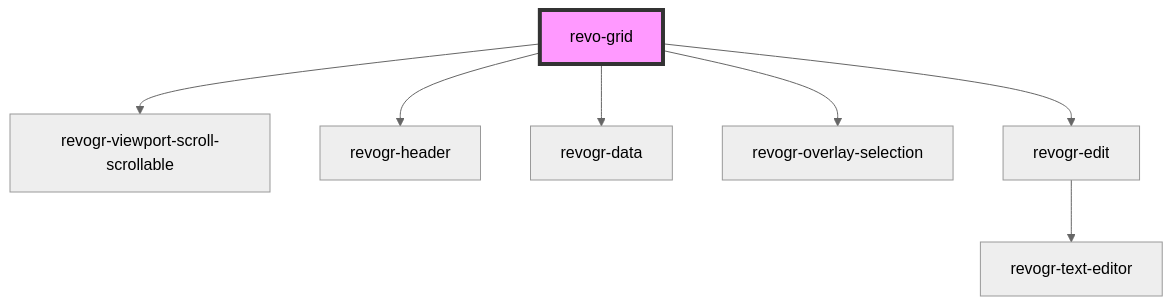
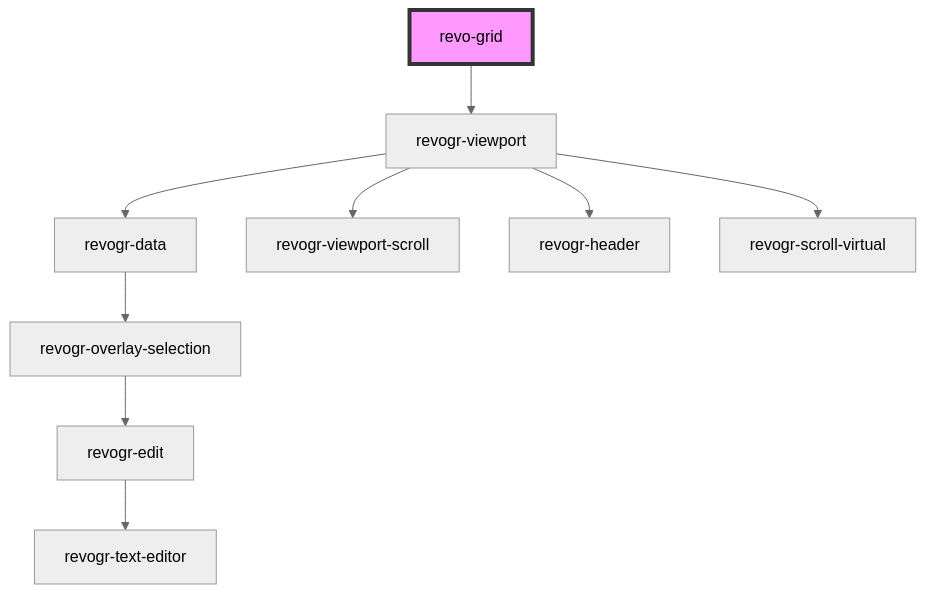
Before and after one commit to revolist/revogrid: the diagram in src/components/revo-grid/readme.md, drawn with Mermaid (neutral theme). The commit also changed other lines of this file and 31 other files, not shown here.

````diff
--- a/src/components/revo-grid/readme.md
+++ b/src/components/revo-grid/readme.md
@@ -33,10 +31,12 @@
 ```mermaid
 graph TD;
-  revo-grid --> revogr-viewport-scroll-scrollable
-  revo-grid --> revogr-header
-  revo-grid --> revogr-data
-  revo-grid --> revogr-overlay-selection
-  revo-grid --> revogr-edit
+  revo-grid --> revogr-viewport
+  revogr-viewport --> revogr-data
+  revogr-viewport --> revogr-viewport-scroll
+  revogr-viewport --> revogr-header
+  revogr-viewport --> revogr-scroll-virtual
+  revogr-data --> revogr-overlay-selection
+  revogr-overlay-selection --> revogr-edit
   revogr-edit --> revogr-text-editor
   style revo-grid fill:#f9f,stroke:#333,stroke-width:4px
 ```
````
